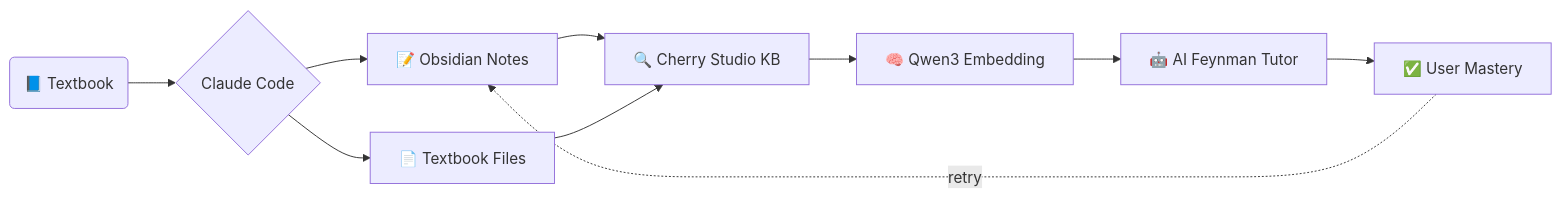
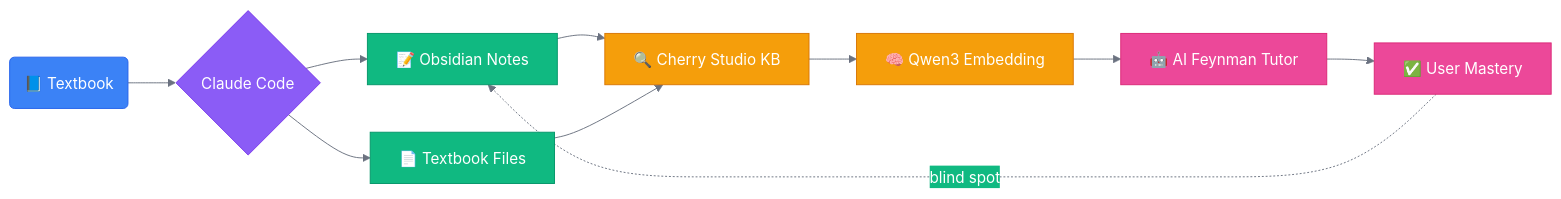
Before and after one commit to 3229218431/FeynFlow: the second of 10 diagrams in README.md, drawn with Mermaid. The commit also changed other lines of this file, not shown here.

Commit message:
All 7 Mermaid charts now have proper %%{init} themeVariables + classDef colors. Dark-mode-safe saturated colors with white text. sequenceDiagram, gantt, stateDiagram all styled.

````diff
--- a/README.md
+++ b/README.md
@@ -60,12 +60,19 @@
 ```mermaid
+%%{init: {'theme':'base','themeVariables': {'background': '#1a1b26','primaryColor': '#3B82F6','primaryTextColor': '#fff','primaryBorderColor': '#2563EB','lineColor': '#6B7280','secondaryColor': '#10B981','tertiaryColor': '#F59E0B','noteTextColor': '#d1d5db','noteBkgColor': '#1f2937'}}}%%
 graph LR
-    A(📘 Textbook) --> B{Claude Code}
-    B --> C[📝 Obsidian Notes]
-    B --> D[📄 Textbook Files]
-    C --> E[🔍 Cherry Studio KB]
+    A(📘 Textbook):::input --> B{Claude Code}:::process
+    B --> C[📝 Obsidian Notes]:::output
+    B --> D[📄 Textbook Files]:::output
+    C --> E[🔍 Cherry Studio KB]:::ai
     D --> E
-    E --> F[🧠 Qwen3 Embedding]
-    F --> G[🤖 AI Feynman Tutor]
-    G --> H[✅ User Mastery]
-    H -.->|retry| C
+    E --> F[🧠 Qwen3 Embedding]:::ai
+    F --> G[🤖 AI Feynman Tutor]:::learn
+    G --> H[✅ User Mastery]:::learn
+    H -.->|blind spot| C
+    
+    classDef input fill:#3B82F6,stroke:#2563EB,color:#fff
+    classDef process fill:#8B5CF6,stroke:#7C3AED,color:#fff
+    classDef output fill:#10B981,stroke:#059669,color:#fff
+    classDef ai fill:#F59E0B,stroke:#D97706,color:#fff
+    classDef learn fill:#EC4899,stroke:#DB2777,color:#fff
 ```
````
